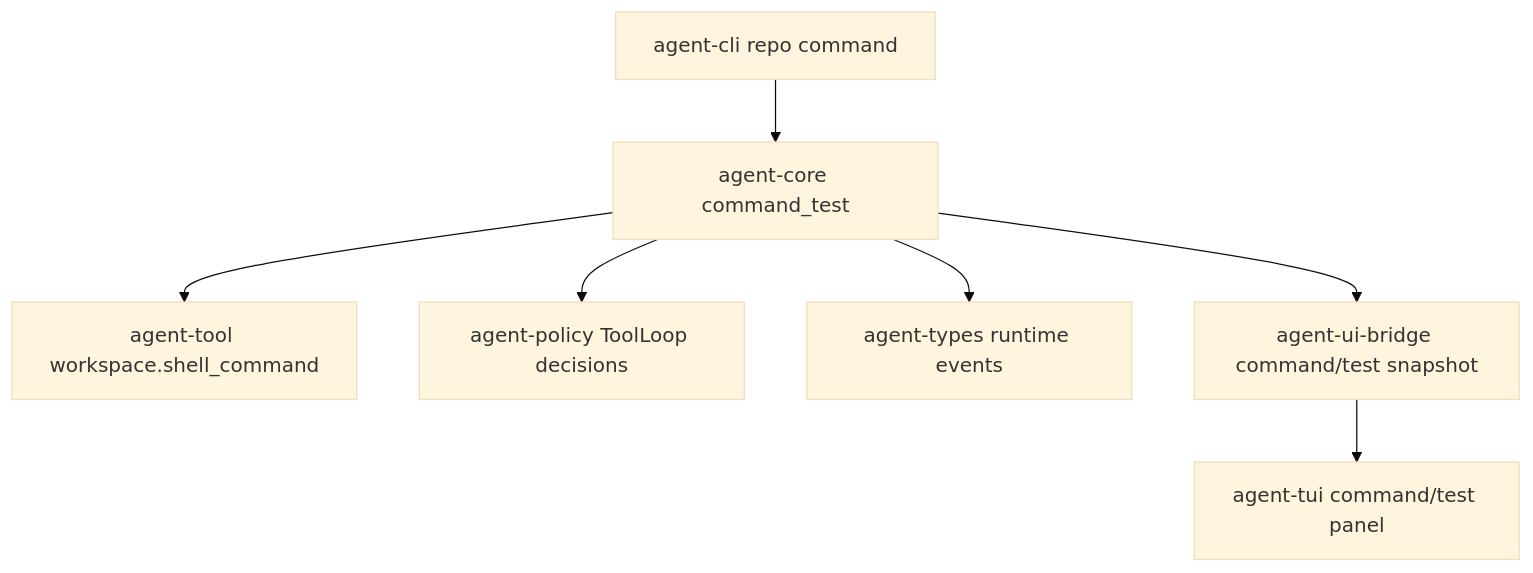
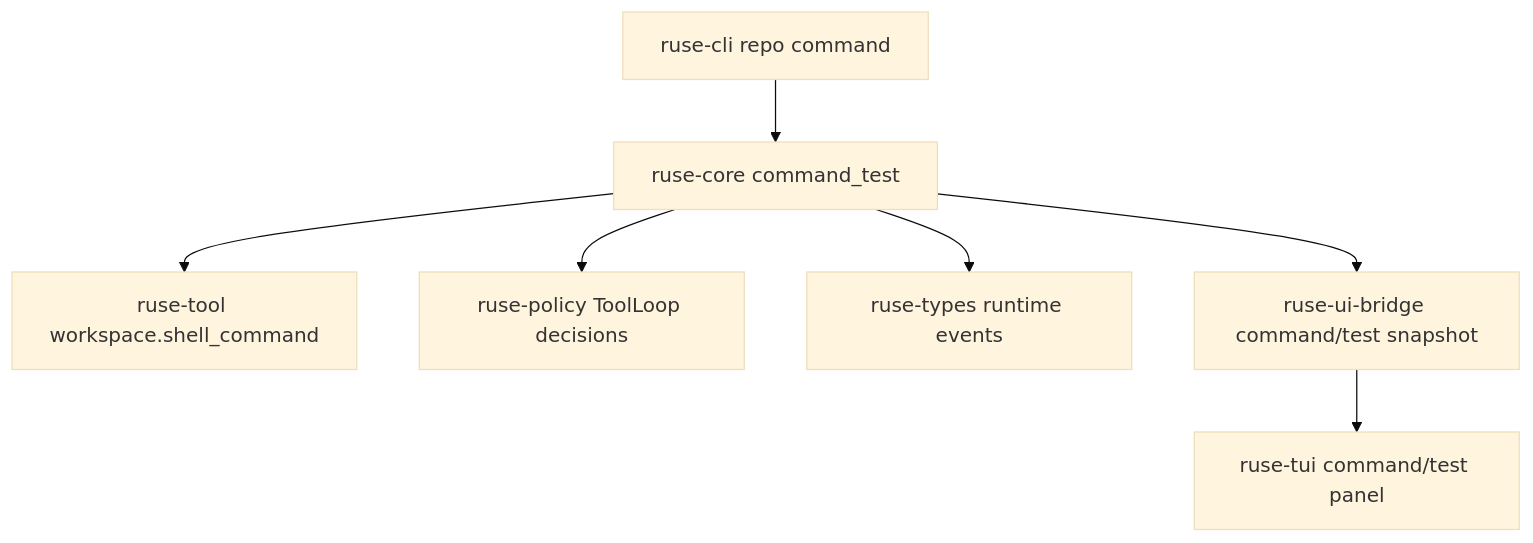
The diagram in docs/specs/M56-03-command-test-loop.spec.md (poneding/agent), drawn with Mermaid (base theme) before and after one commit. The commit also changed other lines of this file and 2091 other files, not shown here.

First line of the commit message:
refactor: rename agent branding to ruse

````diff
--- a/docs/specs/M56-03-command-test-loop.spec.md
+++ b/docs/specs/M56-03-command-test-loop.spec.md
@@ -35,9 +35,9 @@
 ```mermaid
 flowchart TD
-  CLI["agent-cli repo command"] --> Core["agent-core command_test"]
-  Core --> Tools["agent-tool workspace.shell_command"]
-  Core --> Policy["agent-policy ToolLoop decisions"]
-  Core --> Types["agent-types runtime events"]
-  Core --> Bridge["agent-ui-bridge command/test snapshot"]
-  Bridge --> TUI["agent-tui command/test panel"]
+  CLI["ruse-cli repo command"] --> Core["ruse-core command_test"]
+  Core --> Tools["ruse-tool workspace.shell_command"]
+  Core --> Policy["ruse-policy ToolLoop decisions"]
+  Core --> Types["ruse-types runtime events"]
+  Core --> Bridge["ruse-ui-bridge command/test snapshot"]
+  Bridge --> TUI["ruse-tui command/test panel"]
 ```
````
